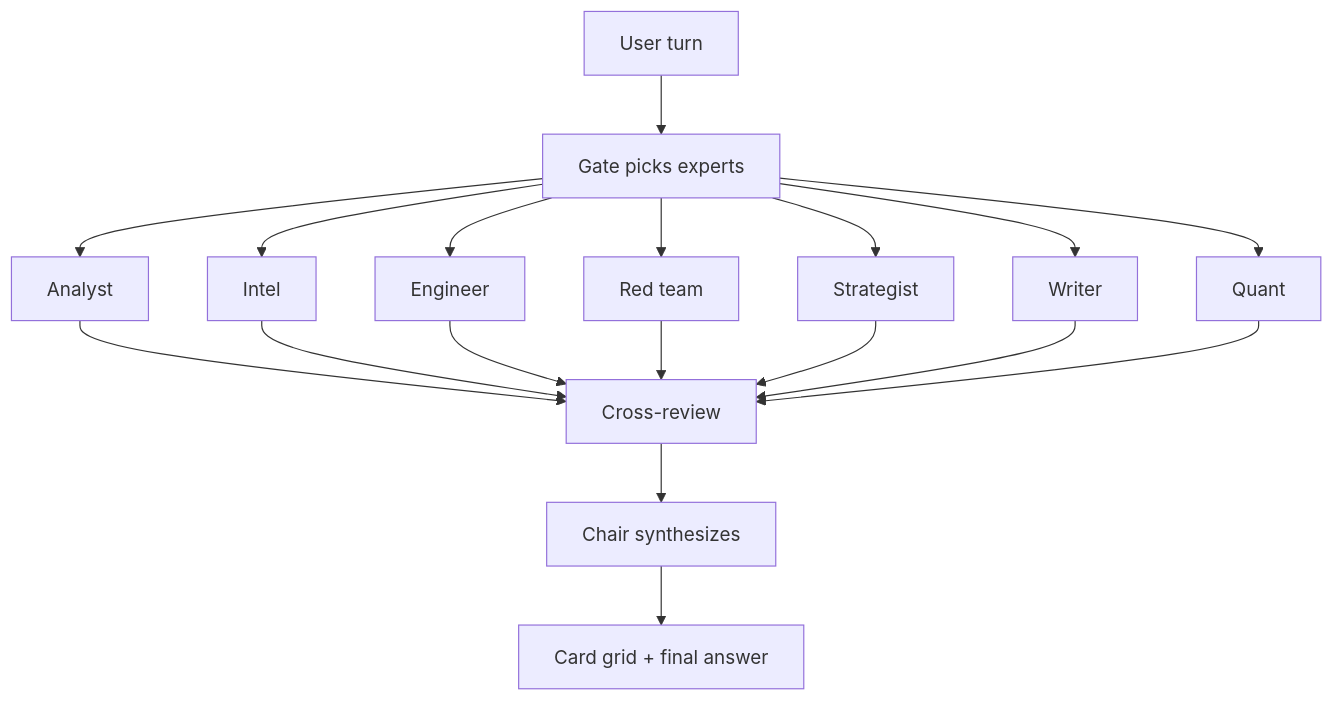
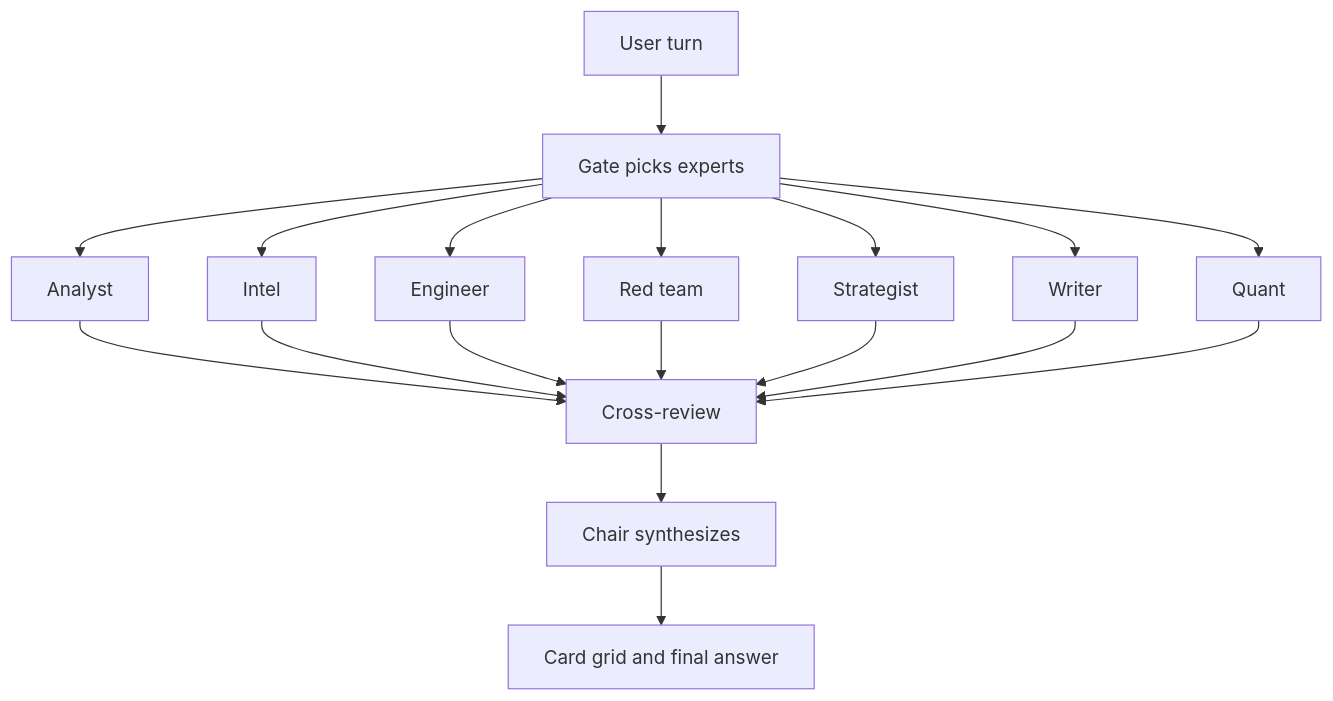
One commit to web3-ai-game/system-design-portfolio changed the second of 3 diagrams in README.md. Above: the diagram before and after it, drawn with Mermaid. The commit also changed other lines of this file, not shown here.

Commit message:
Rewrite the architecture notes in Traditional Chinese and English.

````diff
--- a/README.md
+++ b/README.md
@@ -59,20 +84,20 @@
 ```mermaid
 flowchart TD
   Q[User turn] --> Gate[Gate picks experts]
   Gate --> A[Analyst]
   Gate --> I[Intel]
   Gate --> E[Engineer]
   Gate --> R[Red team]
   Gate --> S[Strategist]
   Gate --> X[Writer]
   Gate --> N[Quant]
   A --> Review[Cross-review]
   I --> Review
   E --> Review
   R --> Review
   S --> Review
   X --> Review
   N --> Review
   Review --> Chair[Chair synthesizes]
-  Chair --> UI[Card grid + final answer]
+  Chair --> UI[Card grid and final answer]
 ```
````
